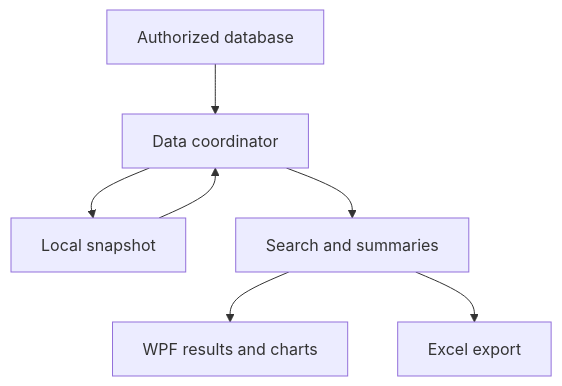
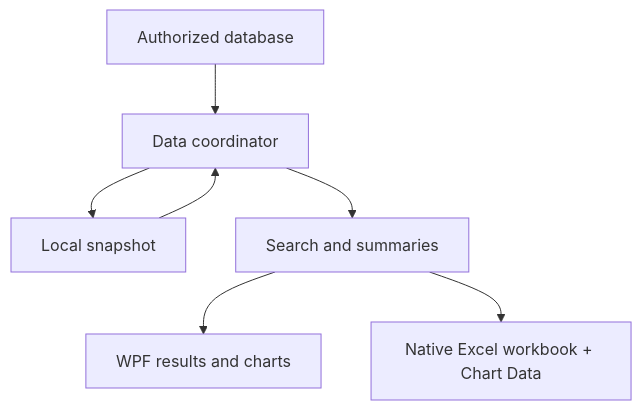
Before and after one commit to meverhart913/manufacturing-analytics-portfolio: the diagram in projects/price-explorer/README.md, drawn with Mermaid. The commit also changed other lines of this file, not shown here.

Commit message:
Update Price Explorer with passed Windows export acceptance

````diff
--- a/projects/price-explorer/README.md
+++ b/projects/price-explorer/README.md
@@ -53,9 +65,9 @@
 ```mermaid
 flowchart TD
     A[Authorized database] --> B[Data coordinator]
     C[Local snapshot] --> B
     B --> C
     B --> D[Search and summaries]
     D --> E[WPF results and charts]
-    D --> F[Excel export]
+    D --> F[Native Excel workbook + Chart Data]
 ```
````
